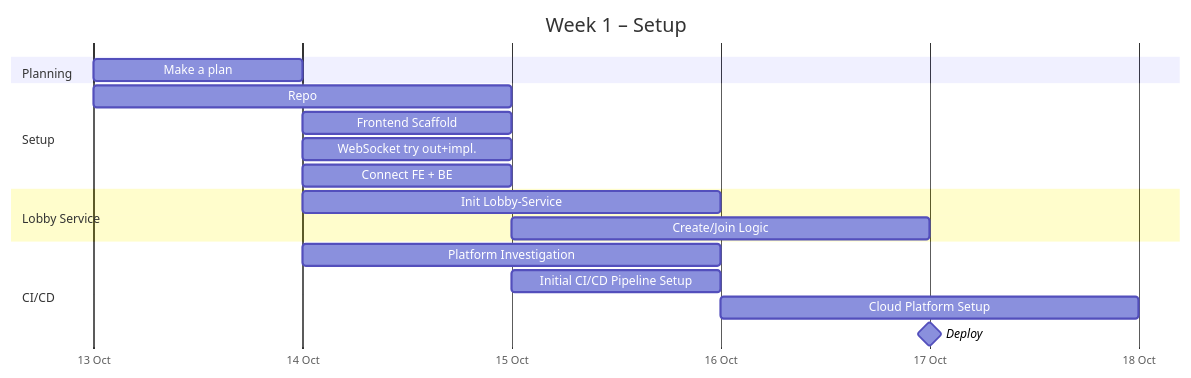
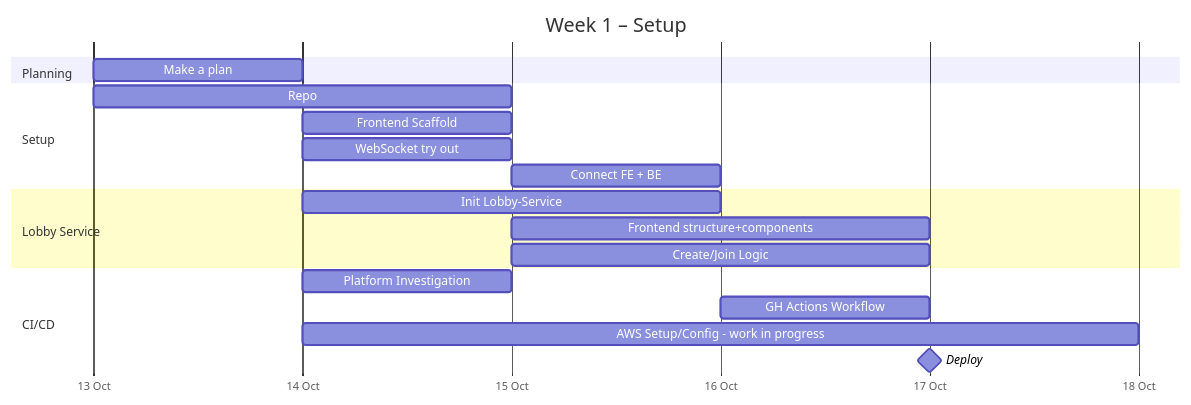
Before and after one commit to salt-community/pp-amanda: the first of 4 diagrams in ProjectPlan.md, drawn with Mermaid.

Commit message:
Update ProjectPlan to reflect past week.

````diff
--- a/ProjectPlan.md
+++ b/ProjectPlan.md
@@ -45,25 +45,26 @@
 ```mermaid
 gantt
     title Week 1 – Setup
     dateFormat  YYYY-MM-DD
     axisFormat  %d %b
     tickInterval 1day
 
     section Planning
         Make a plan                         :a0, 2025-10-13, 1d
     section Setup
         Repo                                :a1, 2025-10-13, 2d
         Frontend Scaffold                   :a2, 2025-10-14, 1d
-        WebSocket try out+impl.             :a3, 2025-10-14, 1d
-        Connect FE + BE                     :a4, 2025-10-14, 1d
+        WebSocket try out                   :a3, 2025-10-14, 1d
+        Connect FE + BE                     :a4, 2025-10-15, 1d
         
         section Lobby Service
         Init Lobby-Service                  :a5, 2025-10-14, 2d
+        Frontend structure+components       :a5, 2025-10-15, 2d
         Create/Join Logic                   :a6, 2025-10-15, 2d
 
     section CI/CD
-        Platform Investigation             :a7, 2025-10-14, 2d
-        Initial CI/CD Pipeline Setup       :a8, 2025-10-15, 1d
-        Cloud Platform Setup               :a8, 2025-10-16, 2d
+        Platform Investigation             :a7, 2025-10-14, 1d
+        GH Actions Workflow                :a8, 2025-10-16, 1d
+        AWS Setup/Config - work in progress:a8, 2025-10-14, 4d
         Deploy                             :milestone, 2025-10-17, 0d
 ```
````
